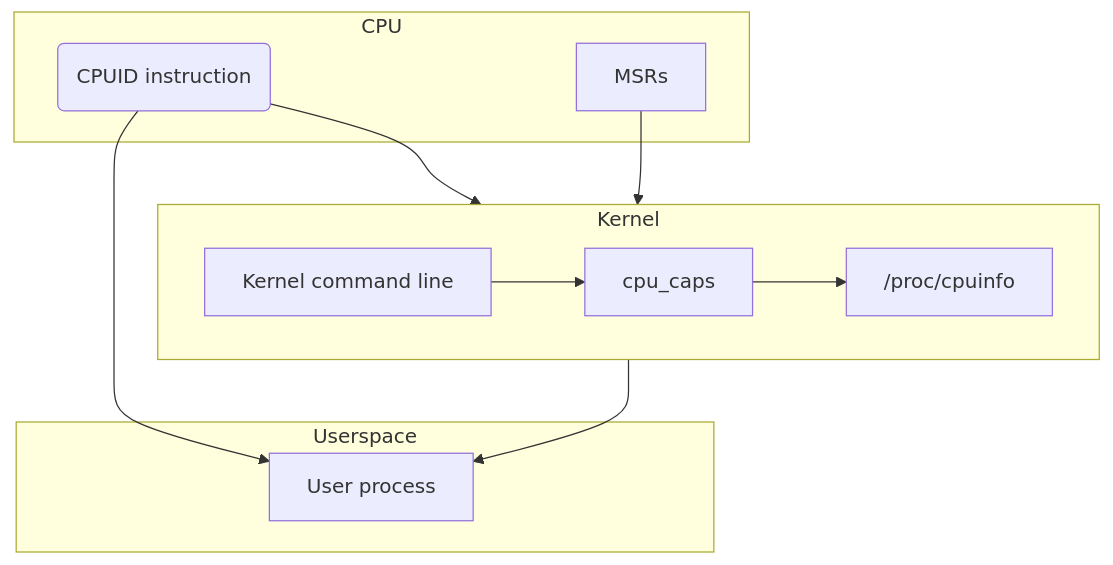
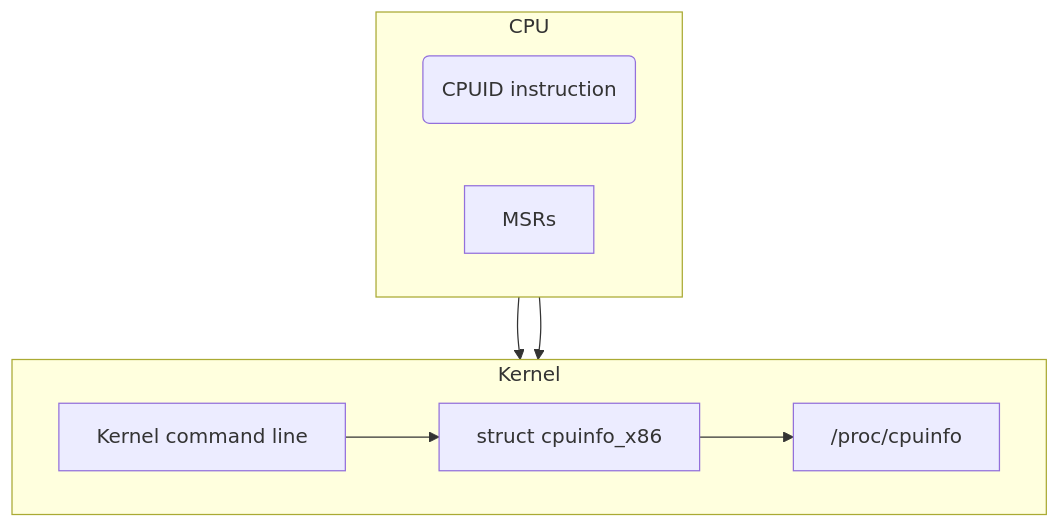
The first of 3 diagrams in habkost-net/_drafts/draft-cpuid.markdown (ehabkost/habkost.net), drawn with Mermaid before and after one commit. The commit also changed other lines of this file, not shown here.

````diff
--- a/habkost-net/_drafts/draft-cpuid.markdown
+++ b/habkost-net/_drafts/draft-cpuid.markdown
@@ -276,22 +281,18 @@
 ```mermaid
 flowchart TB
         subgraph CPU
+            direction LR
             cpuid(CPUID instruction)
             msrs[MSRs]
         end
-        cpuid --> cpu_caps
-        msrs --> cpu_caps
+        cpuid --> cpuinfo_x86
+        msrs --> cpuinfo_x86
         subgraph Kernel
             direction LR
             kernel_cmdline["Kernel command line"]
-            cpu_caps
+            cpuinfo_x86[struct cpuinfo_x86]
             cpuinfo["/proc/cpuinfo"]
-            kernel_cmdline --> cpu_caps
-            cpu_caps --> cpuinfo
-        end
-        subgraph Userspace
-            cpuid --> user_proc
-            cpuinfo --> user_proc
-            user_proc["User process"]
+            kernel_cmdline --> cpuinfo_x86
+            cpuinfo_x86 --> cpuinfo
         end
 ```
````
